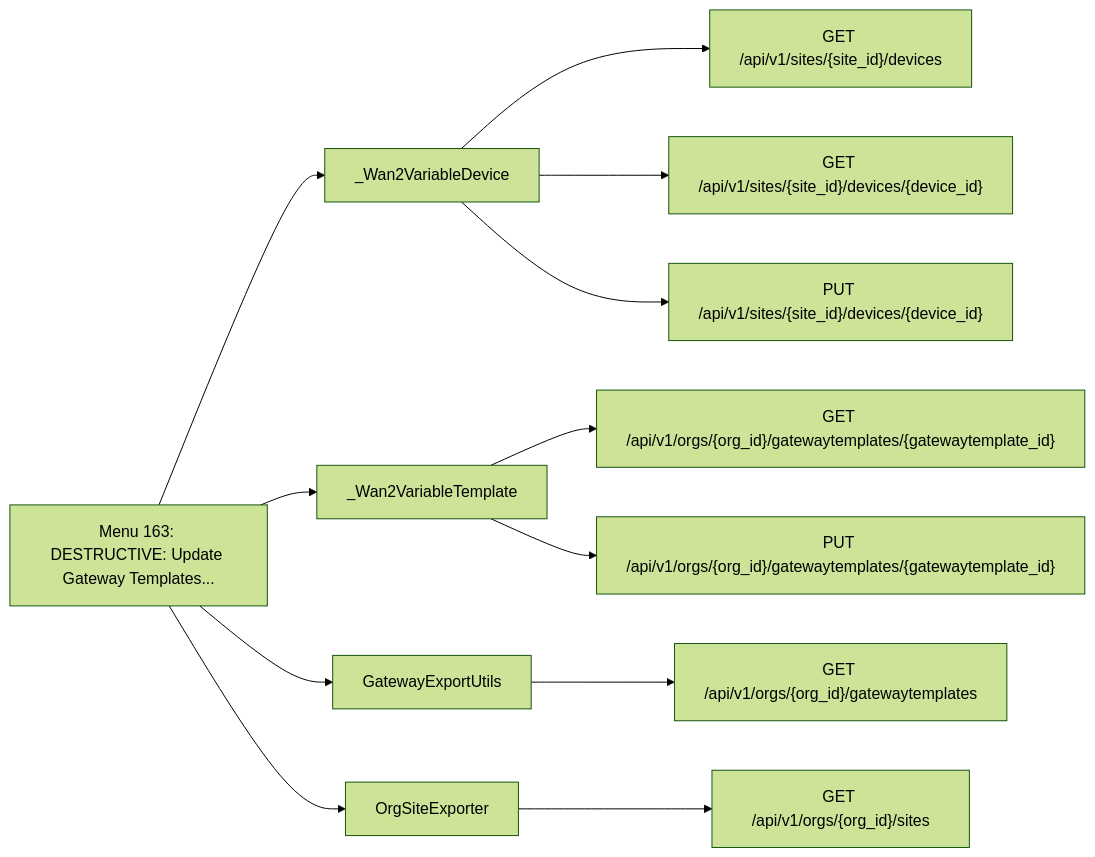
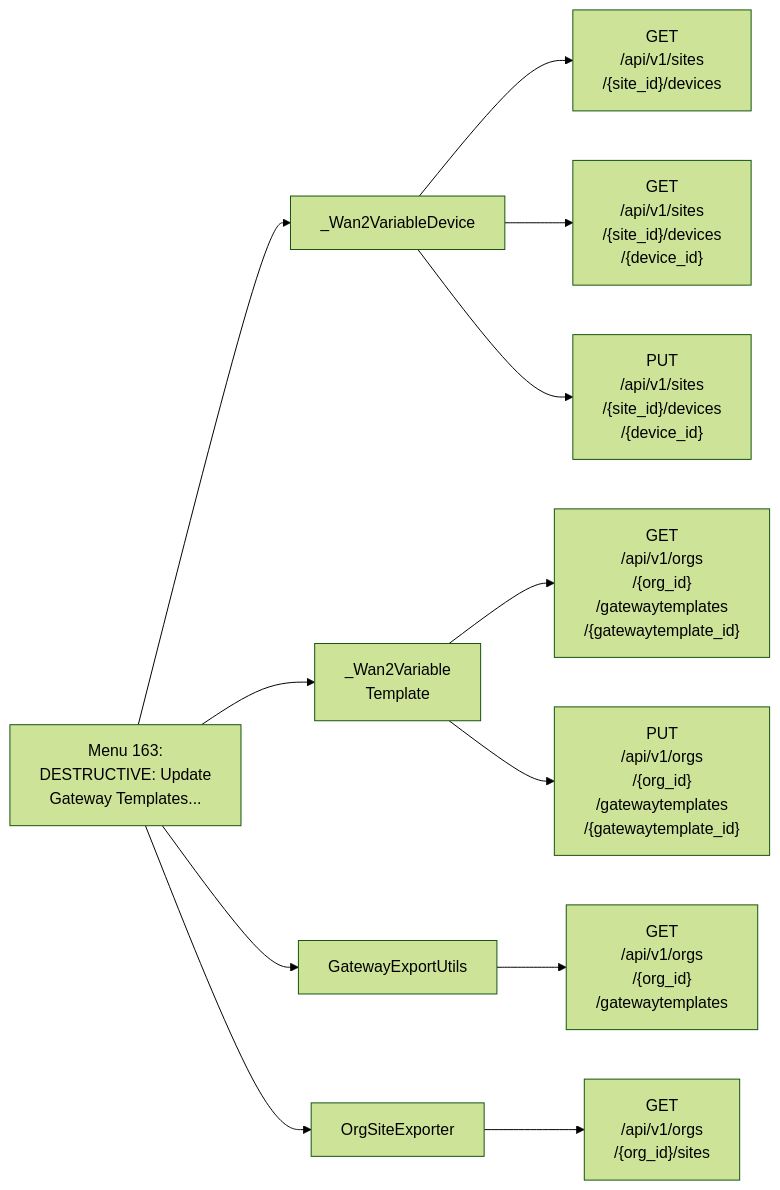
The tenth of 27 diagrams in documentation/menu-api/destructive.md (jmorrison-juniper/MistHelper), drawn with Mermaid (forest theme) before and after one commit. The commit also changed other lines of this file and 19 other files, not shown here.

First line of the commit message:
docs(menu-api): fit the Mermaid diagrams to the wiki column (#3463)

````diff
--- a/documentation/menu-api/destructive.md
+++ b/documentation/menu-api/destructive.md
@@ -520,15 +310,15 @@
 ```mermaid
 flowchart LR
-    menu["Menu 163: DESTRUCTIVE: Update Gateway Templates..."]
+    menu["Menu 163:<br/>DESTRUCTIVE: Update<br/>Gateway Templates..."]
     menu --> c1["_Wan2VariableDevice"]
-    c1 --> e1["GET /api/v1/sites/{site_id}/devices"]
-    c1 --> e2["GET /api/v1/sites/{site_id}/devices/{device_id}"]
-    c1 --> e3["PUT /api/v1/sites/{site_id}/devices/{device_id}"]
-    menu --> c2["_Wan2VariableTemplate"]
-    c2 --> e4["GET /api/v1/orgs/{org_id}/gatewaytemplates/{gatewaytemplate_id}"]
-    c2 --> e5["PUT /api/v1/orgs/{org_id}/gatewaytemplates/{gatewaytemplate_id}"]
+    c1 --> e1["GET<br/>/api/v1/sites<br/>/{site_id}/devices"]
+    c1 --> e2["GET<br/>/api/v1/sites<br/>/{site_id}/devices<br/>/{device_id}"]
+    c1 --> e3["PUT<br/>/api/v1/sites<br/>/{site_id}/devices<br/>/{device_id}"]
+    menu --> c2["_Wan2Variable<br/>Template"]
+    c2 --> e4["GET<br/>/api/v1/orgs<br/>/{org_id}<br/>/gatewaytemplates<br/>/{gatewaytemplate_id}"]
+    c2 --> e5["PUT<br/>/api/v1/orgs<br/>/{org_id}<br/>/gatewaytemplates<br/>/{gatewaytemplate_id}"]
     menu --> c3["GatewayExportUtils"]
-    c3 --> e6["GET /api/v1/orgs/{org_id}/gatewaytemplates"]
+    c3 --> e6["GET<br/>/api/v1/orgs<br/>/{org_id}<br/>/gatewaytemplates"]
     menu --> c4["OrgSiteExporter"]
-    c4 --> e7["GET /api/v1/orgs/{org_id}/sites"]
+    c4 --> e7["GET<br/>/api/v1/orgs<br/>/{org_id}/sites"]
 ```
````
